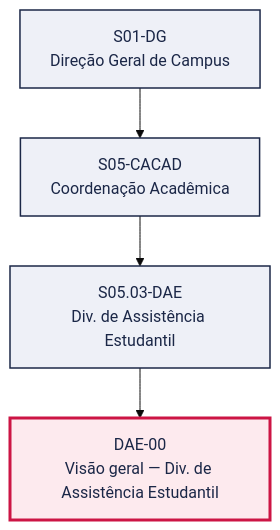
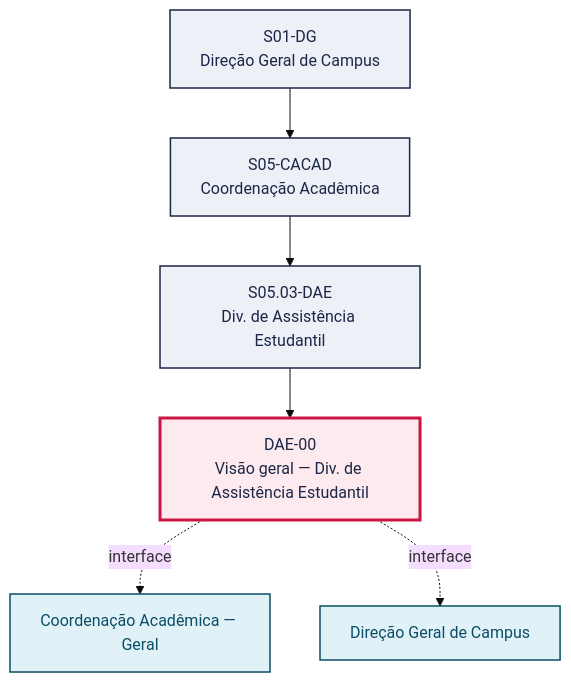
One commit to jessefers/canvas-vivo-atdg changed the first of 2 diagrams in pops/DAE/DAE-00.md. Above: the diagram before and after it, drawn with Mermaid (base theme). The commit also changed other lines of this file and 95 other files, not shown here.

````diff
--- a/pops/DAE/DAE-00.md
+++ b/pops/DAE/DAE-00.md
@@ -49,15 +49,20 @@
 ```mermaid
 graph TD
   S01_DG["S01-DG<br/>Direção Geral de Campus"]
   S05_CACAD["S05-CACAD<br/>Coordenação Acadêmica"]
   S01_DG --> S05_CACAD
   S05_03_DAE["S05.03-DAE<br/>Div. de Assistência Estudantil"]
   S05_CACAD --> S05_03_DAE
   P["DAE-00<br/>Visão geral — Div. de Assistência Estudantil"]
   S05_03_DAE --> P
+  V1["Coordenação Acadêmica — Geral"]
+  P -. interface .-> V1
+  V2["Direção Geral de Campus"]
+  P -. interface .-> V2
   classDef setor fill:#EEF0F7,stroke:#1B2747,stroke-width:1.5px,color:#1B2747
   classDef destaque fill:#FDEAEE,stroke:#CC1544,stroke-width:3px,color:#1B2747
   classDef vizinho fill:#E0F2F8,stroke:#0B4D66,stroke-width:1.5px,color:#0B4D66
   class S01_DG,S05_CACAD,S05_03_DAE setor
   class P destaque
+  class V1,V2 vizinho
 ```
````
